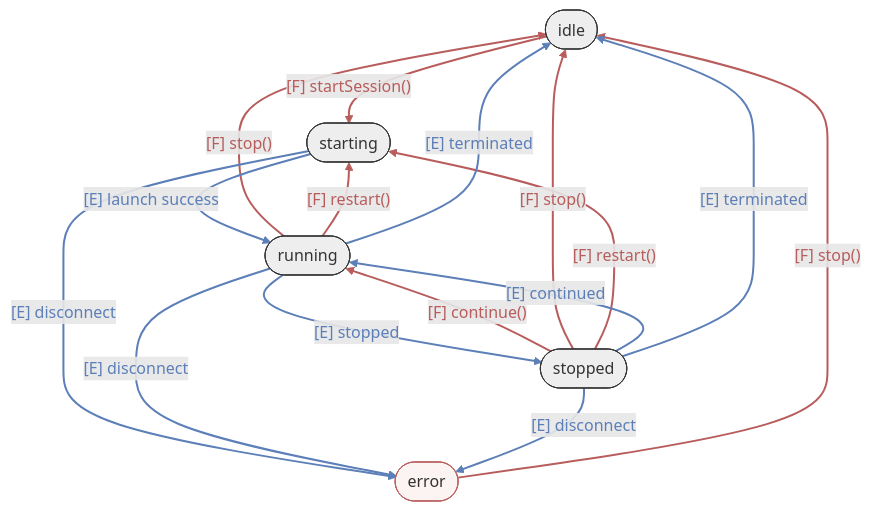
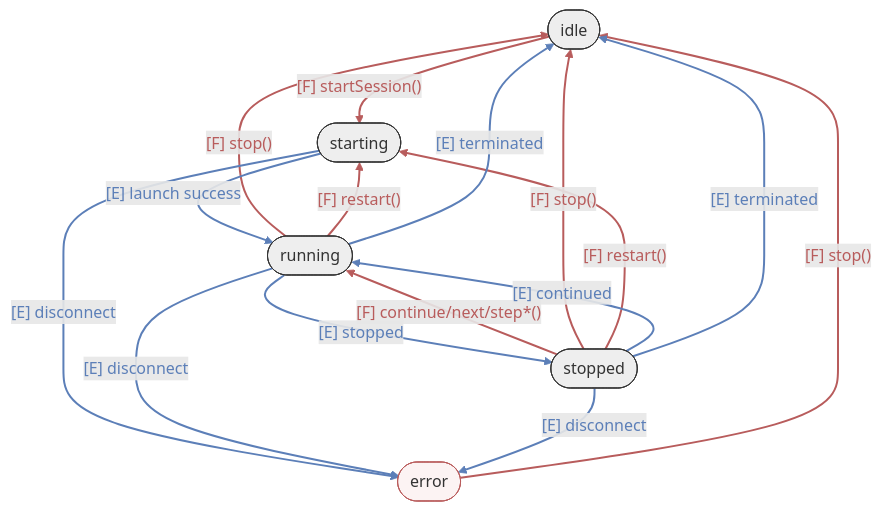
The first of 2 diagrams in docs/architecture/session-layer.md (tangpo387-arch/taro-debugger), drawn with Mermaid before and after one commit. The commit also changed other lines of this file and 3 other files, not shown here.

Commit message:
feat: implement optimistic state transition to running for stepping commands and update architecture documentation

````diff
--- a/docs/architecture/session-layer.md
+++ b/docs/architecture/session-layer.md
@@ -29,35 +29,35 @@
 ```mermaid
 graph TD
     %% States
     idle([idle])
     starting([starting])
     running([running])
     stopped([stopped])
     error([error])
 
     %% User Actions (Functions)
     idle -- "<font color='#b85c5c'>[F] startSession()</font>" --> starting
-    stopped -- "<font color='#b85c5c'>[F] continue()</font>" --> running
+    stopped -- "<font color='#b85c5c'>[F] continue/next/step*()</font>" --> running
     running -- "<font color='#b85c5c'>[F] stop()</font>" --> idle
     stopped -- "<font color='#b85c5c'>[F] stop()</font>" --> idle
     running -- "<font color='#b85c5c'>[F] restart()</font>" --> starting
     stopped -- "<font color='#b85c5c'>[F] restart()</font>" --> starting
     error -- "<font color='#b85c5c'>[F] stop()</font>" --> idle
 
     %% Adapter Actions (Events)
     starting -- "<font color='#5c7fb8'>[E] launch success</font>" --> running
     running -- "<font color='#5c7fb8'>[E] stopped</font>" --> stopped
     stopped -- "<font color='#5c7fb8'>[E] continued</font>" --> running
     running -- "<font color='#5c7fb8'>[E] terminated</font>" --> idle
     stopped -- "<font color='#5c7fb8'>[E] terminated</font>" --> idle
     starting -- "<font color='#5c7fb8'>[E] disconnect</font>" --> error
     running -- "<font color='#5c7fb8'>[E] disconnect</font>" --> error
     stopped -- "<font color='#5c7fb8'>[E] disconnect</font>" --> error
 
     %% Styles
     linkStyle 0,1,2,3,4,5,6 stroke:#b85c5c,stroke-width:2px;
     linkStyle 7,8,9,10,11,12,13,14 stroke:#5c7fb8,stroke-width:2px;
     
     classDef default fill:#eee,stroke:#333,stroke-width:1px;
     style error fill:#fcf3f3,stroke:#b85c5c;
 ```
````
